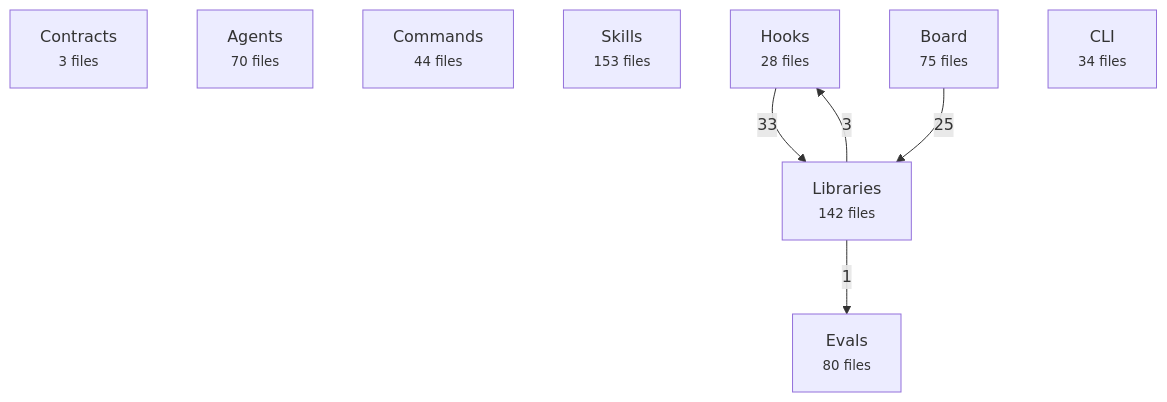
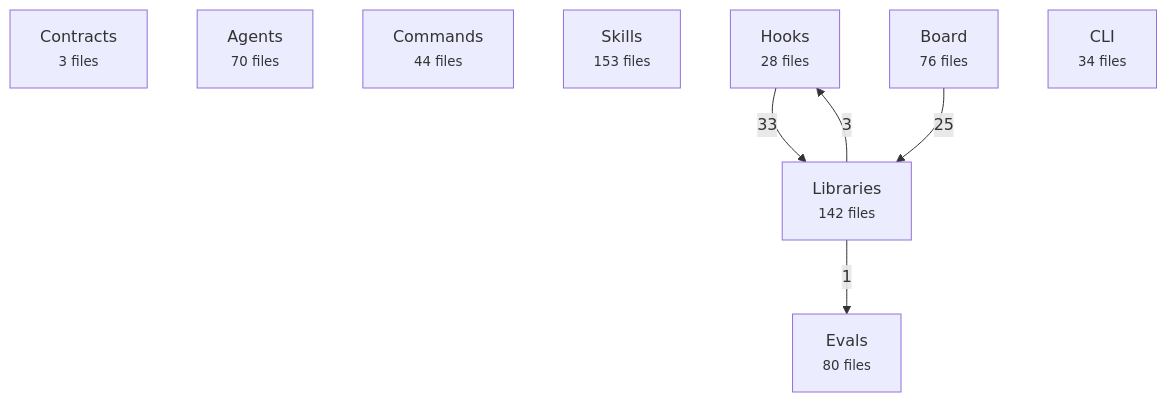
Before and after one commit to avelikiy/great_cto: the first of 2 diagrams in docs/reference/architecture-map.md, drawn with Mermaid. The commit also changed other lines of this file and 8 other files, not shown here.

````diff
--- a/docs/reference/architecture-map.md
+++ b/docs/reference/architecture-map.md
@@ -20,16 +20,16 @@
 ```mermaid
 flowchart TD
   contracts["Contracts<br/><small>3 files</small>"]
   agents["Agents<br/><small>70 files</small>"]
   commands["Commands<br/><small>44 files</small>"]
   skills["Skills<br/><small>153 files</small>"]
   hooks["Hooks<br/><small>28 files</small>"]
   libs["Libraries<br/><small>142 files</small>"]
-  board["Board<br/><small>75 files</small>"]
+  board["Board<br/><small>76 files</small>"]
   cli["CLI<br/><small>34 files</small>"]
   evals["Evals<br/><small>80 files</small>"]
   hooks -->|33| libs
   board -->|25| libs
   libs -->|3| hooks
   libs -->|1| evals
 ```
````
